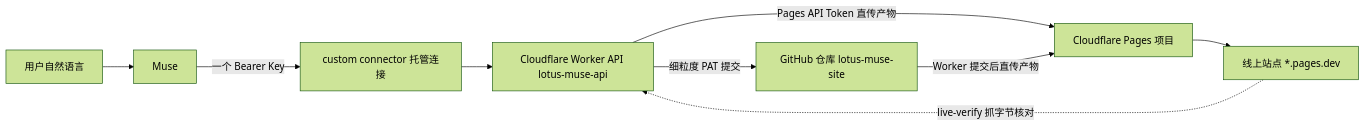
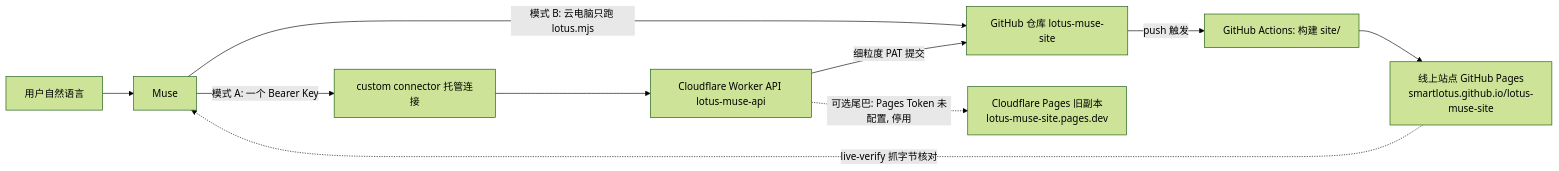
Before and after one commit to smartlotus/lotus-muse-site: the diagram in docs/ARCHITECTURE.md, drawn with Mermaid (forest theme). The commit also changed other lines of this file and 13 other files, not shown here.

First line of the commit message:
docs: 部署通道口径对齐 GitHub Pages，base_url 切换，新增模式 B 手册

````diff
--- a/docs/ARCHITECTURE.md
+++ b/docs/ARCHITECTURE.md
@@ -7,11 +7,12 @@
 ```mermaid
 flowchart LR
   U[用户自然语言] --> M[Muse]
-  M -->|一个 Bearer Key| CC[custom connector 托管连接]
+  M -->|模式 B: 云电脑只跑 lotus.mjs| GH[GitHub 仓库 lotus-muse-site]
+  M -->|模式 A: 一个 Bearer Key| CC[custom connector 托管连接]
   CC --> API[Cloudflare Worker API lotus-muse-api]
-  API -->|细粒度 PAT 提交| GH[GitHub 仓库 lotus-muse-site]
-  API -->|Pages API Token 直传产物| PG[Cloudflare Pages 项目]
-  GH -->|Worker 提交后直传产物| PG
-  PG --> LIVE[线上站点 *.pages.dev]
-  LIVE -.->|live-verify 抓字节核对| API
+  API -->|细粒度 PAT 提交| GH
+  GH -->|push 触发| CI[GitHub Actions: 构建 site/]
+  CI --> LIVE[线上站点 GitHub Pages<br/>smartlotus.github.io/lotus-muse-site]
+  API -.->|可选尾巴: Pages Token 未配置, 停用| PG[Cloudflare Pages 旧副本<br/>lotus-muse-site.pages.dev]
+  LIVE -.->|live-verify 抓字节核对| M
 ```
````
